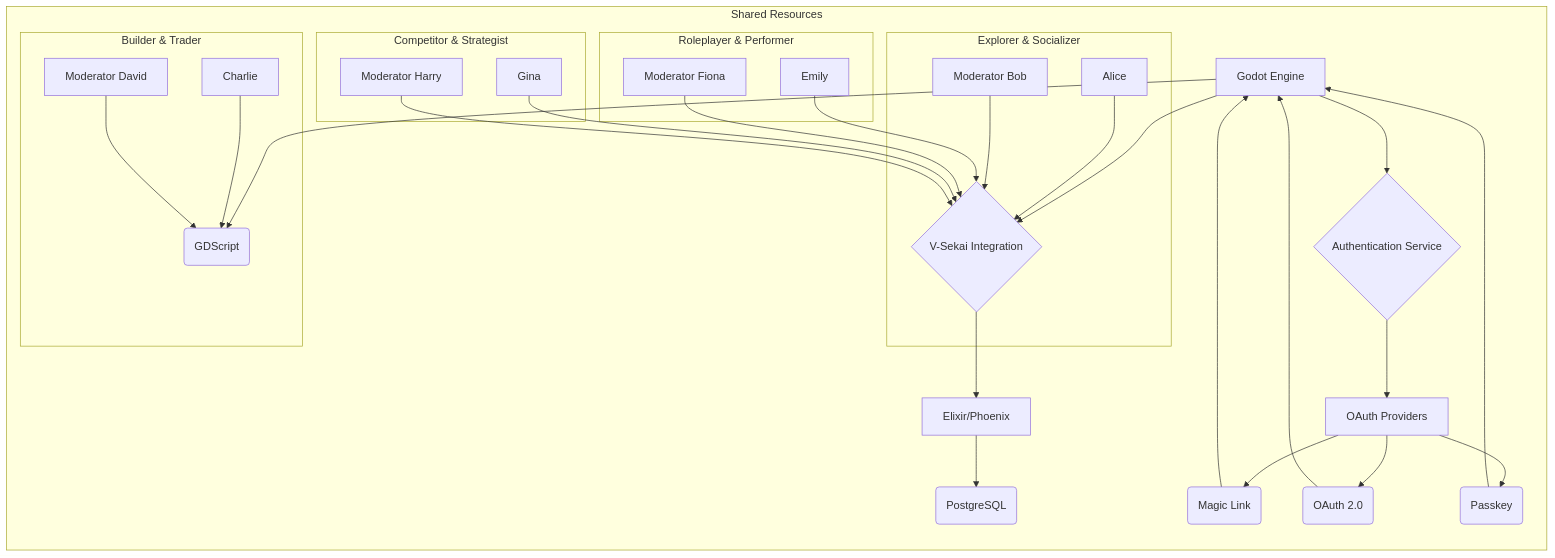
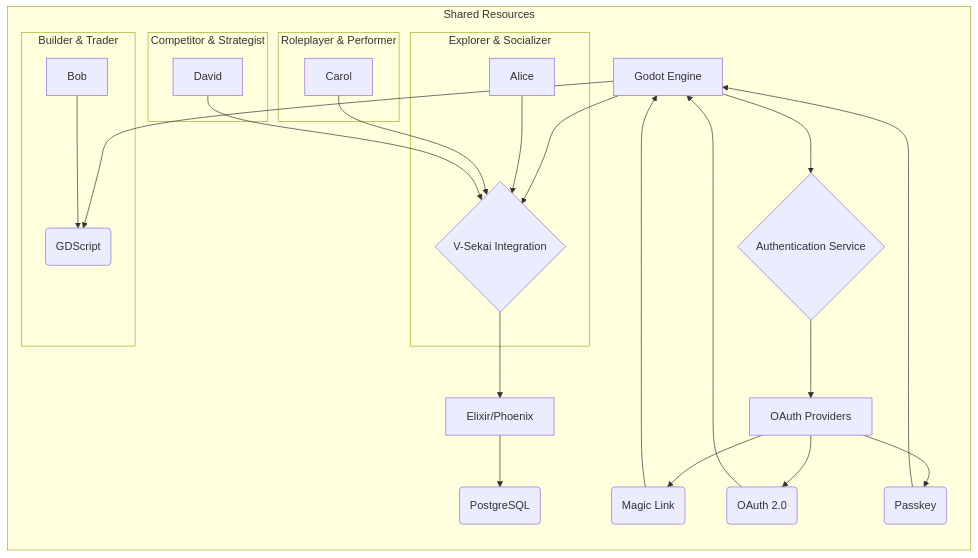
One commit to V-Sekai/manuals changed the diagram in decisions/20241229-one-prototyping-stack.md. Above: the diagram before and after it, drawn with Mermaid.

Commit message:
Remove moderators.

````diff
--- a/decisions/20241229-one-prototyping-stack.md
+++ b/decisions/20241229-one-prototyping-stack.md
@@ -35,37 +35,33 @@
 ```mermaid
 graph LR
     subgraph "Shared Resources"
         A[Godot Engine] --> B(GDScript)
         A --> C{V-Sekai Integration}
         C --> D[Elixir/Phoenix]
         D --> E(PostgreSQL)
         A --> F{Authentication Service}
         F --> G[OAuth Providers]
         G --> H(Magic Link)
         G --> I(OAuth 2.0)
         G --> J(Passkey)
         H --> A
         I --> A
         J --> A
         
         subgraph "Explorer & Socializer"
             M[Alice] --> C
-            Q[Moderator Bob] --> C
         end
         
         subgraph "Builder & Trader"
-            O[Charlie] --> B
-            S[Moderator David] --> B
+            O[Bob] --> B
         end
         
         subgraph "Roleplayer & Performer"
-            U[Emily] --> C
-            V[Moderator Fiona] --> C
+            U[Carol] --> C
         end
         
         subgraph "Competitor & Strategist"
-            K[Gina] --> C
-            L[Moderator Harry] --> C
+            K[David] --> C
         end 
     end
 ```
````
